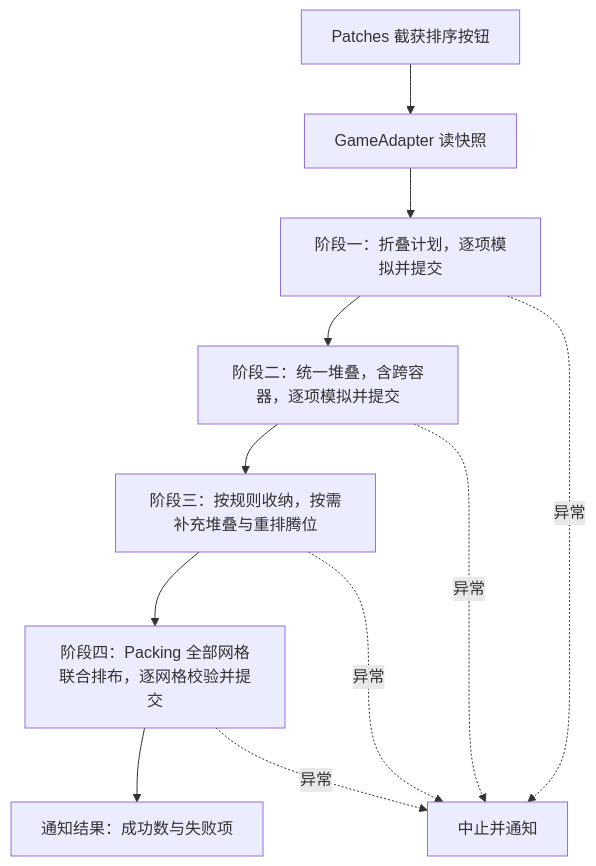
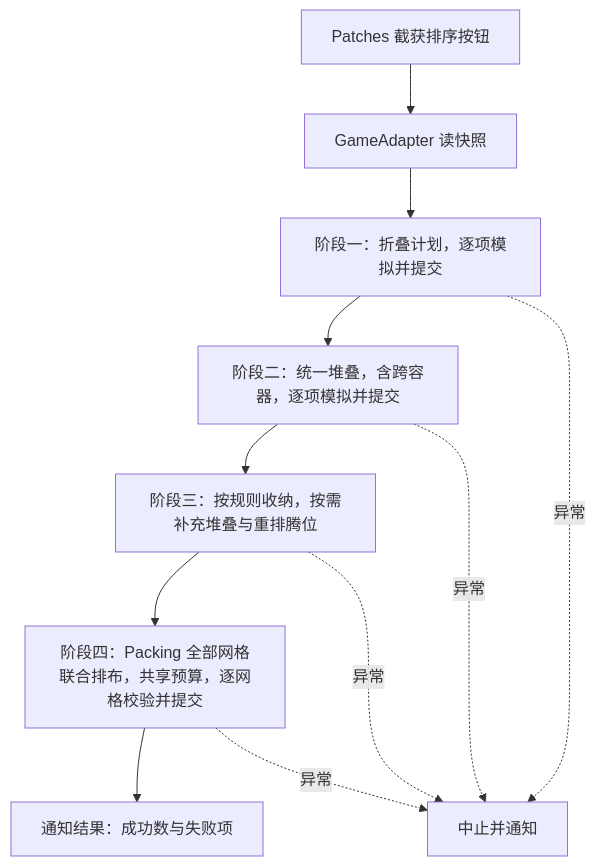
Before and after one commit to ChouUn/spt-inventory-organizer: the second of 2 diagrams in docs/arch.md, drawn with Mermaid. The commit also changed other lines of this file and 8 other files, not shown here.

````diff
--- a/docs/arch.md
+++ b/docs/arch.md
@@ -109,13 +109,13 @@
 ```mermaid
 flowchart TB
     Click[Patches 截获排序按钮] --> Snap[GameAdapter 读快照]
     Snap --> Fold[阶段一：折叠计划，逐项模拟并提交]
     Fold --> Merge[阶段二：统一堆叠，含跨容器，逐项模拟并提交]
     Merge --> Collect[阶段三：按规则收纳，按需补充堆叠与重排腾位]
-    Collect --> Pack[阶段四：Packing 全部网格联合排布，逐网格校验并提交]
+    Collect --> Pack[阶段四：Packing 全部网格联合排布，共享预算，逐网格校验并提交]
     Pack --> Notify[通知结果：成功数与失败项]
     Fold -. 异常 .-> Abort[中止并通知]
     Merge -. 异常 .-> Abort
     Collect -. 异常 .-> Abort
     Pack -. 异常 .-> Abort
 ```
````
